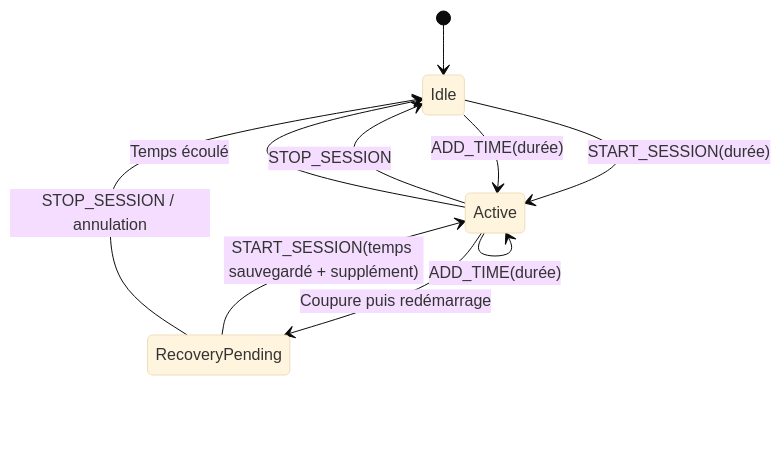
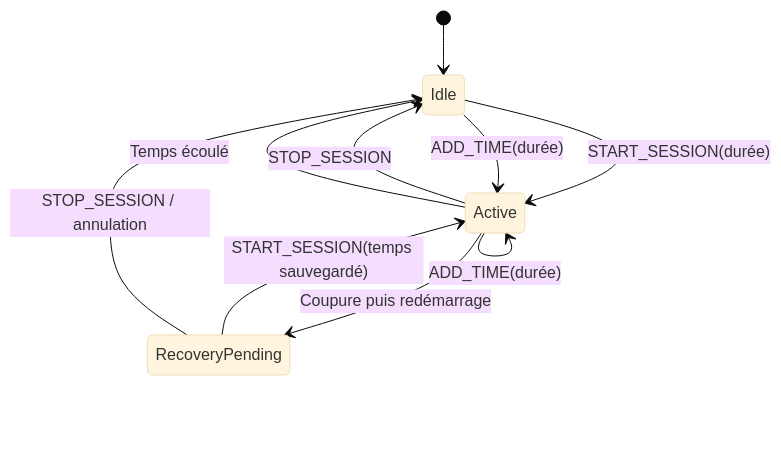
The second of 2 diagrams in poste-esp32/README.md (abdelazizmezri/esp32-monnayeur-central-gameroom), drawn with Mermaid (base theme) before and after one commit. The commit also changed 7 other files, not shown here.

````diff
--- a/poste-esp32/README.md
+++ b/poste-esp32/README.md
@@ -95,12 +95,12 @@
 ```mermaid
 stateDiagram-v2
     [*] --> Idle
     Idle --> Active: START_SESSION(durée)
     Idle --> Active: ADD_TIME(durée)
     Active --> Active: ADD_TIME(durée)
     Active --> Idle: STOP_SESSION
     Active --> Idle: Temps écoulé
     Active --> RecoveryPending: Coupure puis redémarrage
-    RecoveryPending --> Active: START_SESSION(temps sauvegardé + supplément)
+    RecoveryPending --> Active: START_SESSION(temps sauvegardé)
     RecoveryPending --> Idle: STOP_SESSION / annulation
 ```
````
